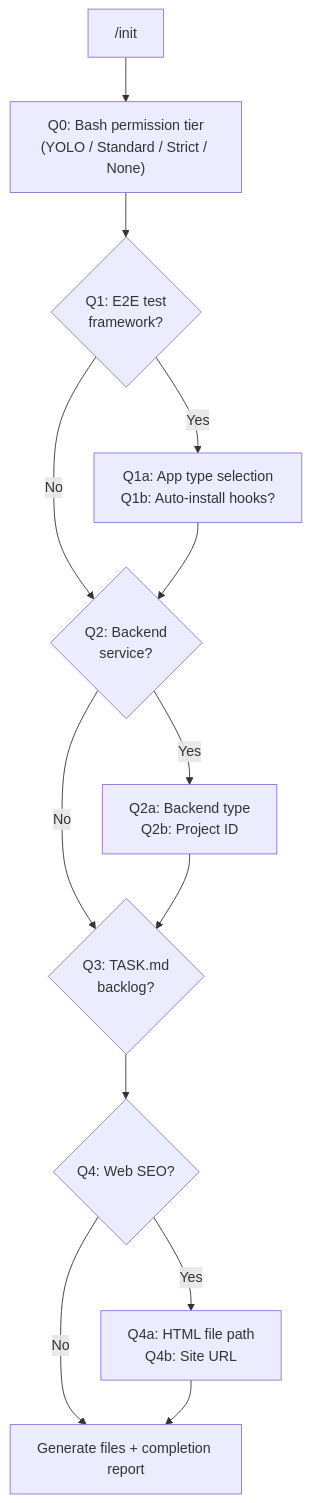
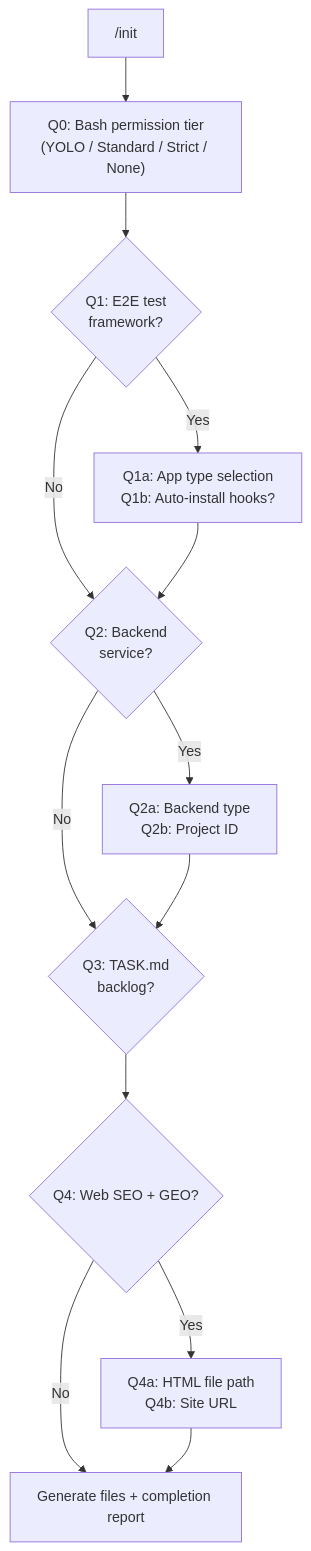
The second of 3 diagrams in README.en.md (seungjaeyuu/claude-project-bootstrap), drawn with Mermaid before and after one commit. The commit also changed other lines of this file and 3 other files, not shown here.

First line of the commit message:
docs: update README + commands for SEO → SEO + GEO naming

````diff
--- a/README.en.md
+++ b/README.en.md
@@ -92,15 +92,15 @@
 ```mermaid
 flowchart TD
     INIT["/init"] --> Q0["Q0: Bash permission tier<br>(YOLO / Standard / Strict / None)"]
     Q0 --> Q1{"Q1: E2E test<br>framework?"}
     Q1 -->|Yes| Q1S["Q1a: App type selection<br>Q1b: Auto-install hooks?"]
     Q1 -->|No| Q2
     Q1S --> Q2{"Q2: Backend<br>service?"}
     Q2 -->|Yes| Q2S["Q2a: Backend type<br>Q2b: Project ID"]
     Q2 -->|No| Q3
     Q2S --> Q3{"Q3: TASK.md<br>backlog?"}
-    Q3 --> Q4{"Q4: Web SEO?"}
+    Q3 --> Q4{"Q4: Web SEO + GEO?"}
     Q4 -->|Yes| Q4S["Q4a: HTML file path<br>Q4b: Site URL"]
     Q4 -->|No| GEN
     Q4S --> GEN["Generate files + completion report"]
 ```
````
